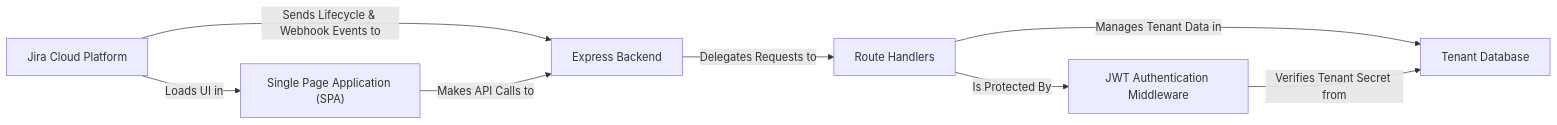
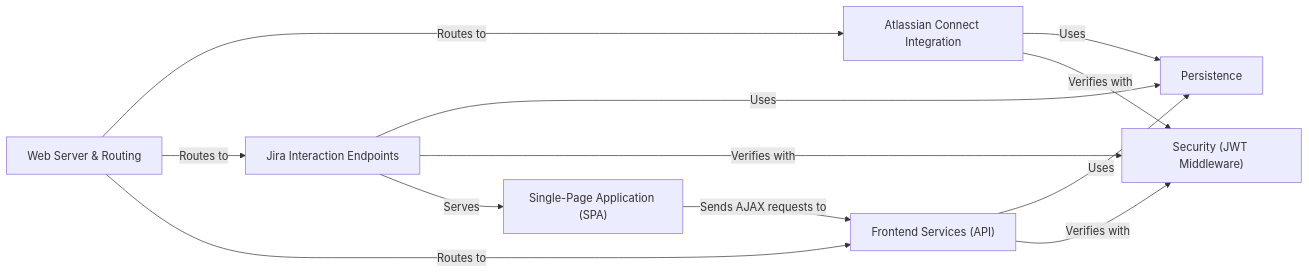
Before and after one commit to CodeBoarding/GeneratedOnBoardings: the diagram in atlassian-connect-example-app-node/on_boarding.md, drawn with Mermaid. The commit also changed other lines of this file, not shown here.

Commit message:
Uploading onboarding materials for atlassian-connect-example-app-node

````diff
--- a/atlassian-connect-example-app-node/on_boarding.md
+++ b/atlassian-connect-example-app-node/on_boarding.md
@@ -1,16 +1,21 @@
 ```mermaid
 graph LR
-    Jira_Cloud_Platform["Jira Cloud Platform"]
-    Express_Backend["Express Backend"]
-    Route_Handlers["Route Handlers"]
-    JWT_Authentication_Middleware["JWT Authentication Middleware"]
-    Tenant_Database["Tenant Database"]
-    Single_Page_Application_SPA_["Single Page Application (SPA)"]
-    Jira_Cloud_Platform -- "Sends Lifecycle & Webhook Events to" --> Express_Backend
-    Jira_Cloud_Platform -- "Loads UI in" --> Single_Page_Application_SPA_
-    Single_Page_Application_SPA_ -- "Makes API Calls to" --> Express_Backend
-    Express_Backend -- "Delegates Requests to" --> Route_Handlers
-    Route_Handlers -- "Is Protected By" --> JWT_Authentication_Middleware
-    Route_Handlers -- "Manages Tenant Data in" --> Tenant_Database
-    JWT_Authentication_Middleware -- "Verifies Tenant Secret from" --> Tenant_Database
+    Web_Server_Routing["Web Server & Routing"]
+    Atlassian_Connect_Integration["Atlassian Connect Integration"]
+    Jira_Interaction_Endpoints["Jira Interaction Endpoints"]
+    Frontend_Services_API_["Frontend Services (API)"]
+    Security_JWT_Middleware_["Security (JWT Middleware)"]
+    Persistence["Persistence"]
+    Single_Page_Application_SPA_["Single-Page Application (SPA)"]
+    Web_Server_Routing -- "Routes to" --> Atlassian_Connect_Integration
+    Web_Server_Routing -- "Routes to" --> Jira_Interaction_Endpoints
+    Web_Server_Routing -- "Routes to" --> Frontend_Services_API_
+    Atlassian_Connect_Integration -- "Uses" --> Persistence
+    Jira_Interaction_Endpoints -- "Uses" --> Persistence
+    Frontend_Services_API_ -- "Uses" --> Persistence
+    Atlassian_Connect_Integration -- "Verifies with" --> Security_JWT_Middleware_
+    Jira_Interaction_Endpoints -- "Verifies with" --> Security_JWT_Middleware_
+    Frontend_Services_API_ -- "Verifies with" --> Security_JWT_Middleware_
+    Jira_Interaction_Endpoints -- "Serves" --> Single_Page_Application_SPA_
+    Single_Page_Application_SPA_ -- "Sends AJAX requests to" --> Frontend_Services_API_
 ```
````
